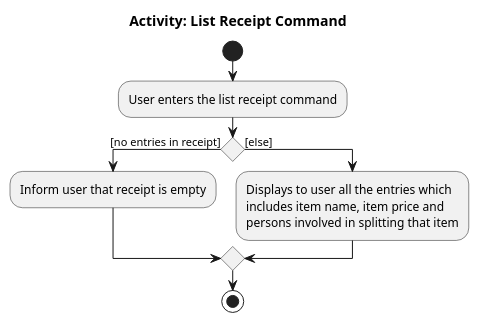
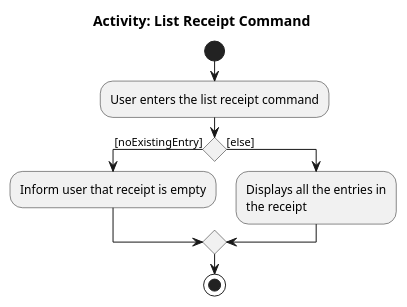
One commit to nus-cs2103-AY1920S2/addressbook-level3 changed the diagram in docs/diagrams/ExpenseSplitterListReceiptCommandActivityDiagram.puml. Above: the diagram before and after it, drawn with PlantUML. The commit also changed 4 other files, not shown here.

```diff
--- a/docs/diagrams/ExpenseSplitterListReceiptCommandActivityDiagram.puml
+++ b/docs/diagrams/ExpenseSplitterListReceiptCommandActivityDiagram.puml
@@ -1,17 +1,16 @@
 @startuml
 /' @author @WillySeahh'/
 title Activity: List Receipt Command
 
 start
 :User enters the list receipt command;
 
-if () then ([no entries in receipt])
+if () then ([noExistingEntry])
     :Inform user that receipt is empty;
 else ([else])
-    :Displays to user all the entries which
-    includes item name, item price and
-    persons involved in splitting that item;
+    :Displays all the entries in
+    the receipt;
 
 endif
 stop
 @enduml
```
